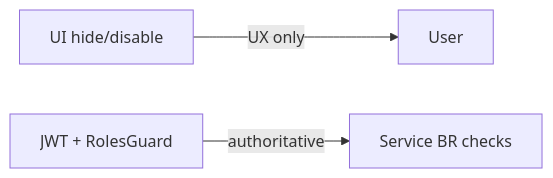
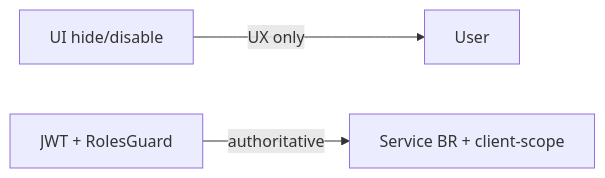
The diagram in docs/11-security/PERMISSION_MATRIX.md (harshbrickred-ctrl/CDT_v1.0.0), drawn with Mermaid before and after one commit. The commit also changed other lines of this file and 20 other files, not shown here.

````diff
--- a/docs/11-security/PERMISSION_MATRIX.md
+++ b/docs/11-security/PERMISSION_MATRIX.md
@@ -121,5 +125,5 @@
 ```mermaid
 flowchart LR
   UI[UI hide/disable] -->|UX only| User
-  API[JWT + RolesGuard] -->|authoritative| Svc[Service BR checks]
+  API[JWT + RolesGuard] -->|authoritative| Svc[Service BR + client-scope]
 ```
````
